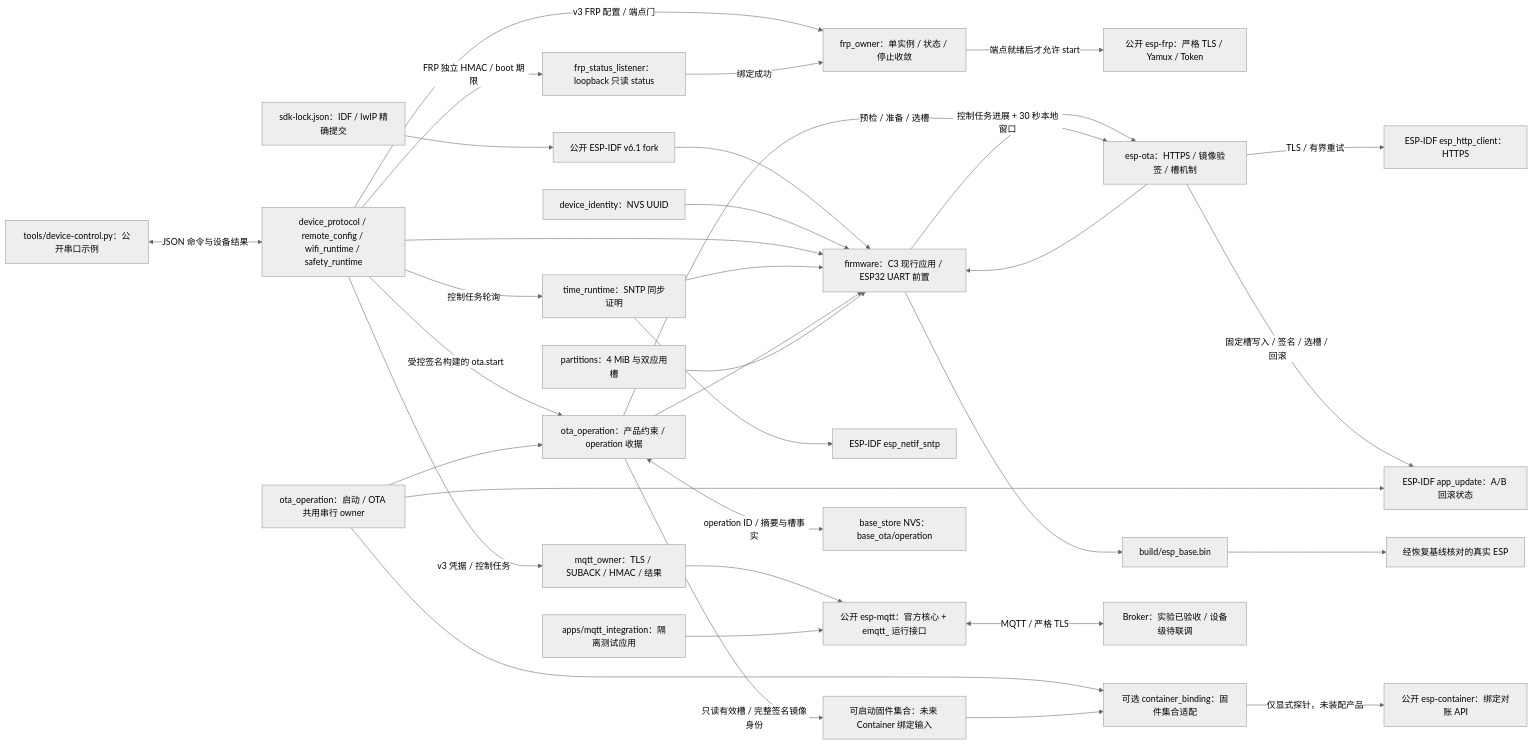
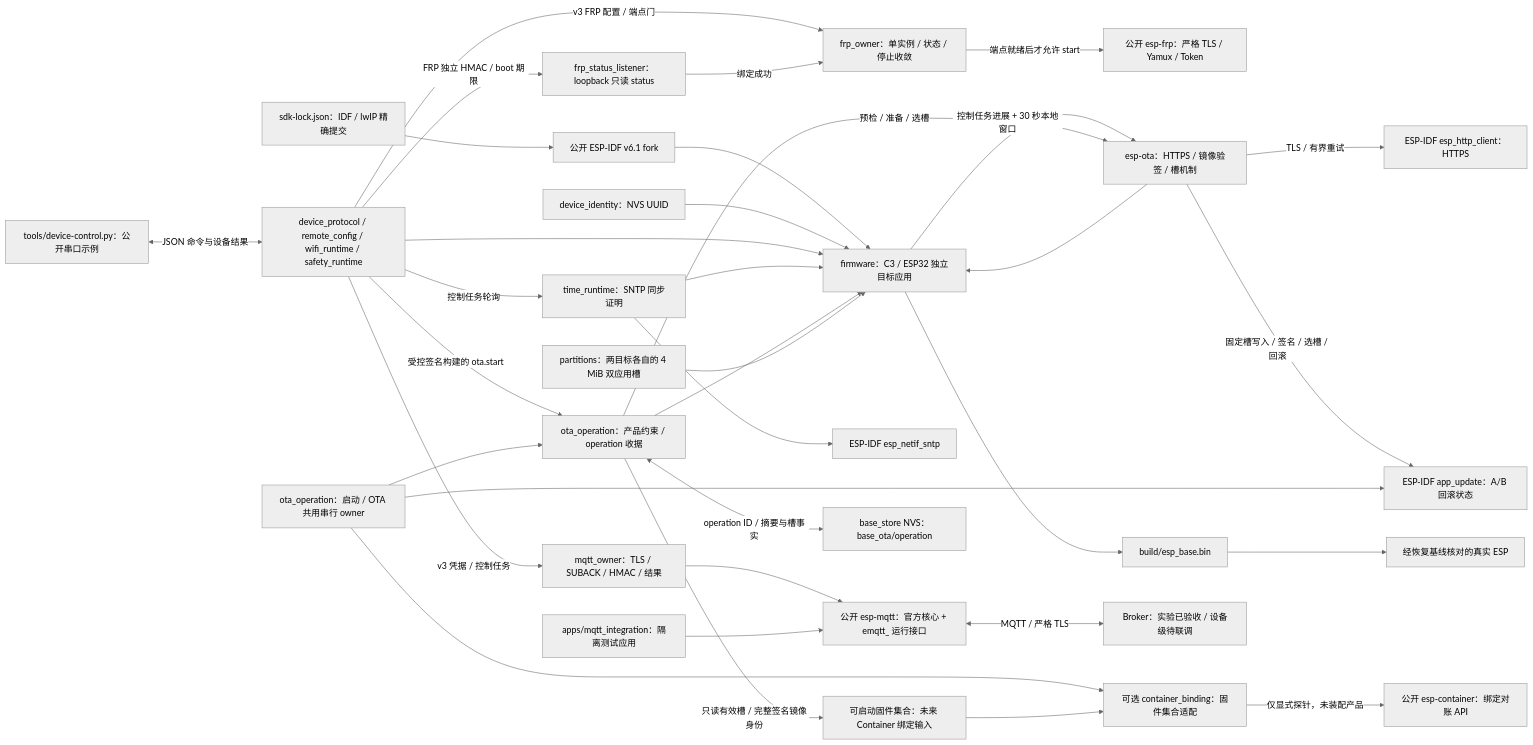
One commit to darren-you/esp-base changed the diagram in README.md. Above: the diagram before and after it, drawn with Mermaid (neutral theme). The commit also changed other lines of this file and 23 other files, not shown here.

````diff
--- a/README.md
+++ b/README.md
@@ -7,36 +7,36 @@
 ```mermaid
 flowchart LR
     sdk_lock["sdk-lock.json：IDF / lwIP 精确提交"] --> sdk["公开 ESP-IDF v6.1 fork"]
-    sdk --> firmware["firmware：C3 现行应用 / ESP32 UART 前置"]
+    sdk --> firmware["firmware：C3 / ESP32 独立目标应用"]
     identity["device_identity：NVS UUID"] --> firmware
     state["device_protocol / remote_config / wifi_runtime / safety_runtime"] --> firmware
     state -->|"v3 凭据 / 控制任务"| mqtt_owner["mqtt_owner：TLS / SUBACK / HMAC / 结果"]
     mqtt_owner --> mqtt
     state -->|"v3 FRP 配置 / 端点门"| frp_owner["frp_owner：单实例 / 状态 / 停止收敛"]
     state -->|"FRP 独立 HMAC / boot 期限"| frp_status["frp_status_listener：loopback 只读 status"]
     frp_status -->|"绑定成功"| frp_owner
     frp_owner -->|"端点就绪后才允许 start"| frp["公开 esp-frp：严格 TLS / Yamux / Token"]
     time["time_runtime：SNTP 同步证明"] --> firmware
     state -->|"控制任务轮询"| time
     time --> idf_time["ESP-IDF esp_netif_sntp"]
     ota["esp-ota：HTTPS / 镜像验签 / 槽机制"] --> firmware
     receipt["ota_operation：产品约束 / operation 收据"] --> firmware
     receipt -->|"只读有效槽 / 完整签名镜像身份"| image_set["可启动固件集合：未来 Container 绑定输入"]
     firmware -->|"控制任务进展 + 30 秒本地窗口"| ota
     state -->|"受控签名构建的 ota.start"| receipt
     receipt -->|"预检 / 准备 / 选槽"| ota
     ota -->|"TLS / 有界重试"| https["ESP-IDF esp_http_client：HTTPS"]
     ota -->|"固定槽写入 / 签名 / 选槽 / 回滚"| slot["ESP-IDF app_update：A/B 回滚状态"]
     receipt <-->|"operation ID / 摘要与槽事实"| nvs["base_store NVS：base_ota/operation"]
     owner["ota_operation：启动 / OTA 共用串行 owner"] --> receipt
     owner --> slot
     binding["可选 container_binding：固件集合适配"] -->|"仅显式探针，未装配产品"| container["公开 esp-container：绑定对账 API"]
     owner --> binding
     image_set --> binding
-    layout["partitions：4 MiB 与双应用槽"] --> firmware
+    layout["partitions：两目标各自的 4 MiB 双应用槽"] --> firmware
     host["tools/device-control.py：公开串口示例"] <-->|"JSON 命令与设备结果"| state
     firmware --> image["build/esp_base.bin"]
     lab["apps/mqtt_integration：隔离测试应用"] --> mqtt["公开 esp-mqtt：官方核心 + emqtt_ 运行接口"]
     mqtt <-->|"MQTT / 严格 TLS"| broker["Broker：实验已验收 / 设备级待联调"]
     image --> board["经恢复基线核对的真实 ESP"]
 ```
````
